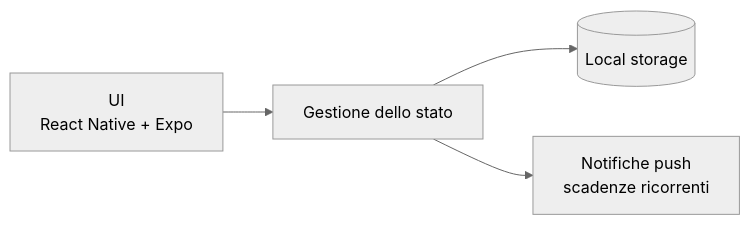
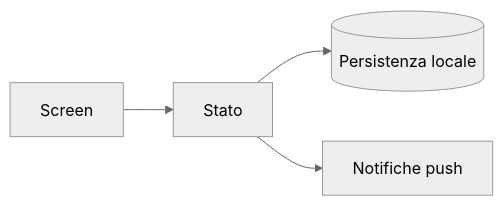
The fourth of 6 diagrams in README.md (leosalazar97/leosalazar97), drawn with Mermaid (neutral theme) before and after one commit. The commit also changed other lines of this file, not shown here.

````diff
--- a/README.md
+++ b/README.md
@@ -55,6 +68,6 @@
 ```mermaid
 flowchart LR
-    A[UI<br/>React Native + Expo] --> B[Gestione dello stato]
-    B --> C[(Local storage)]
-    B --> D[Notifiche push<br/>scadenze ricorrenti]
+    A[Screen] --> B[Stato]
+    B --> C[(Persistenza locale)]
+    B --> D[Notifiche push]
 ```
````
